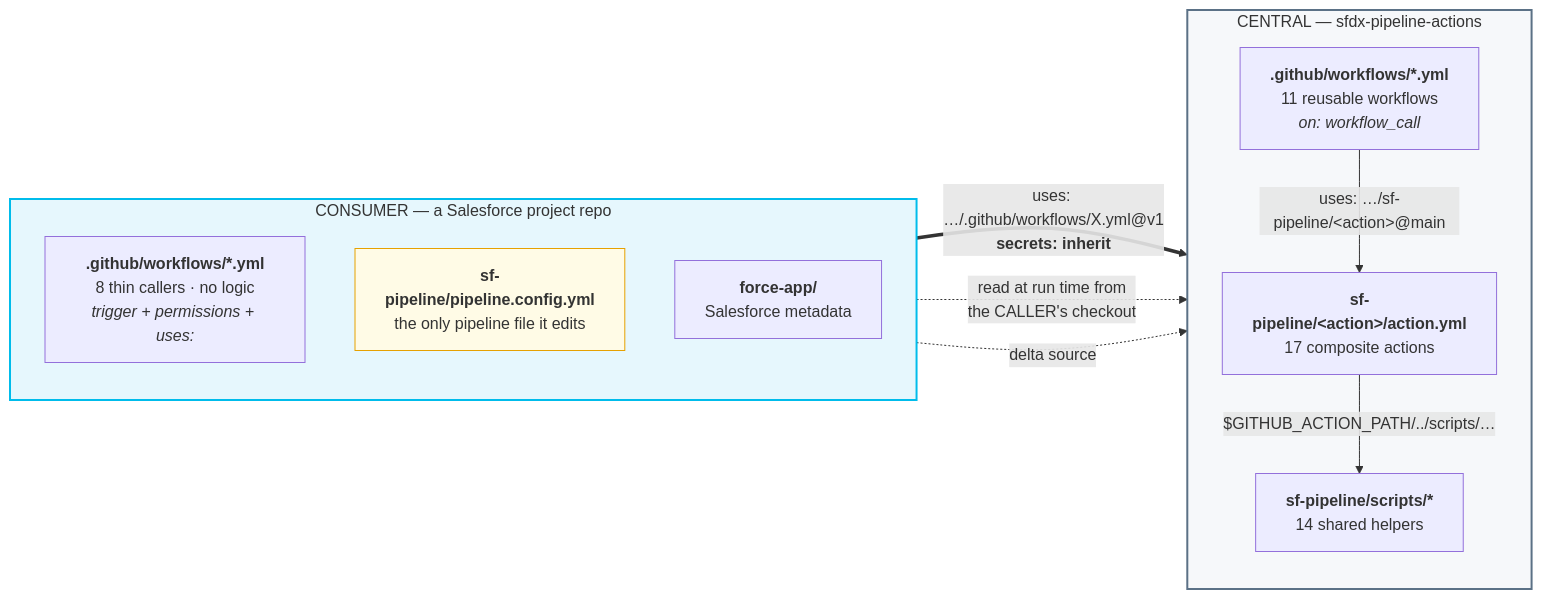
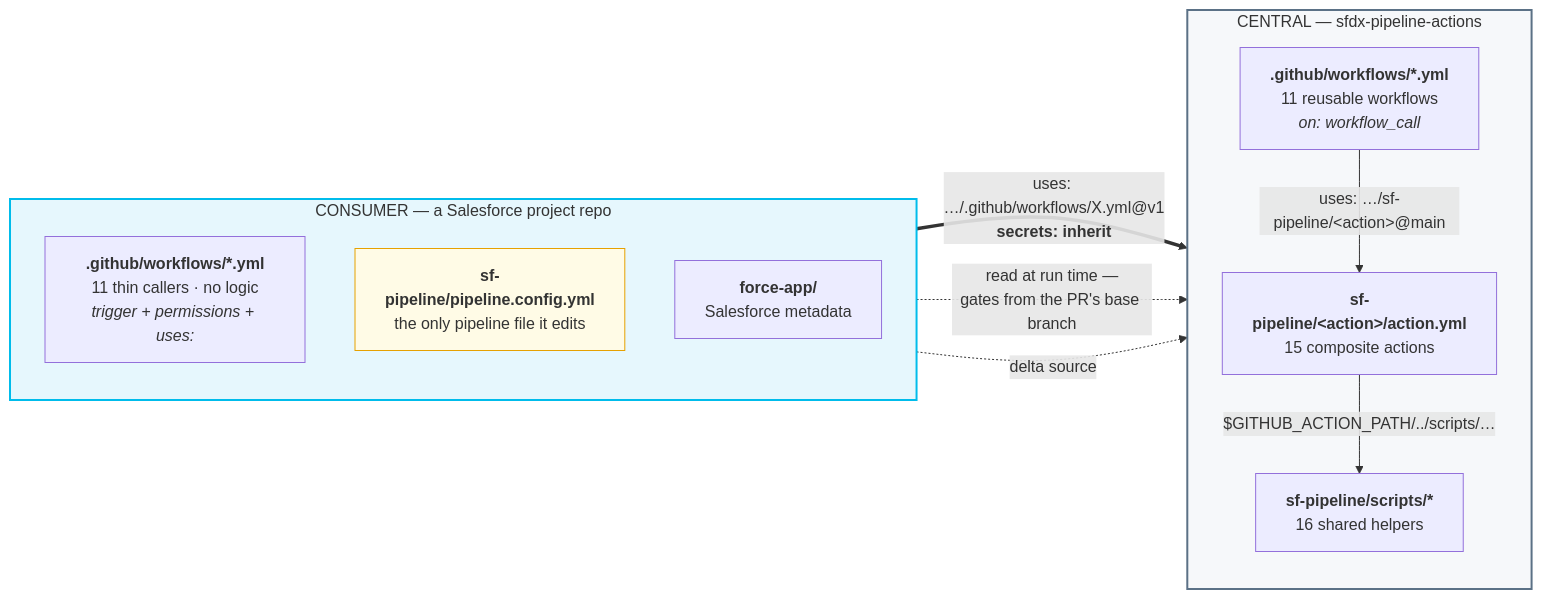
Before and after one commit to muraliseelam/sfdx-pipeline-actions: the first of 10 diagrams in docs/Product_Documentation.md, drawn with Mermaid. The commit also changed other lines of this file and 5 other files, not shown here.

````diff
--- a/docs/Product_Documentation.md
+++ b/docs/Product_Documentation.md
@@ -86,26 +86,26 @@
 ```mermaid
 flowchart LR
     subgraph CONS["CONSUMER — a Salesforce project repo"]
         direction TB
-        CW["<b>.github/workflows/*.yml</b><br/>8 thin callers · no logic<br/><i>trigger + permissions + uses:</i>"]
+        CW["<b>.github/workflows/*.yml</b><br/>11 thin callers · no logic<br/><i>trigger + permissions + uses:</i>"]
         CFG["<b>sf-pipeline/pipeline.config.yml</b><br/>the only pipeline file it edits"]
         SRC["<b>force-app/</b><br/>Salesforce metadata"]
     end
 
     subgraph CENT["CENTRAL — sfdx-pipeline-actions"]
         direction TB
         RW["<b>.github/workflows/*.yml</b><br/>11 reusable workflows<br/><i>on: workflow_call</i>"]
-        CA["<b>sf-pipeline/&lt;action&gt;/action.yml</b><br/>17 composite actions"]
-        SC["<b>sf-pipeline/scripts/*</b><br/>14 shared helpers"]
+        CA["<b>sf-pipeline/&lt;action&gt;/action.yml</b><br/>15 composite actions"]
+        SC["<b>sf-pipeline/scripts/*</b><br/>16 shared helpers"]
         RW -->|"uses: …/sf-pipeline/&lt;action&gt;@main"| CA
         CA -->|"$GITHUB_ACTION_PATH/../scripts/…"| SC
     end
 
     CW ==>|"uses: …/.github/workflows/X.yml@v1<br/><b>secrets: inherit</b>"| RW
-    CFG -.->|"read at run time from<br/>the CALLER's checkout"| CA
+    CFG -.->|"read at run time —<br/>gates from the PR's base branch"| CA
     SRC -.->|"delta source"| CA
 
     style CONS fill:#E6F7FD,stroke:#00BCEB,stroke-width:2px
     style CENT fill:#f6f8fa,stroke:#5B7186,stroke-width:2px
     style CFG fill:#fffbe6,stroke:#e6a100
 ```
````
